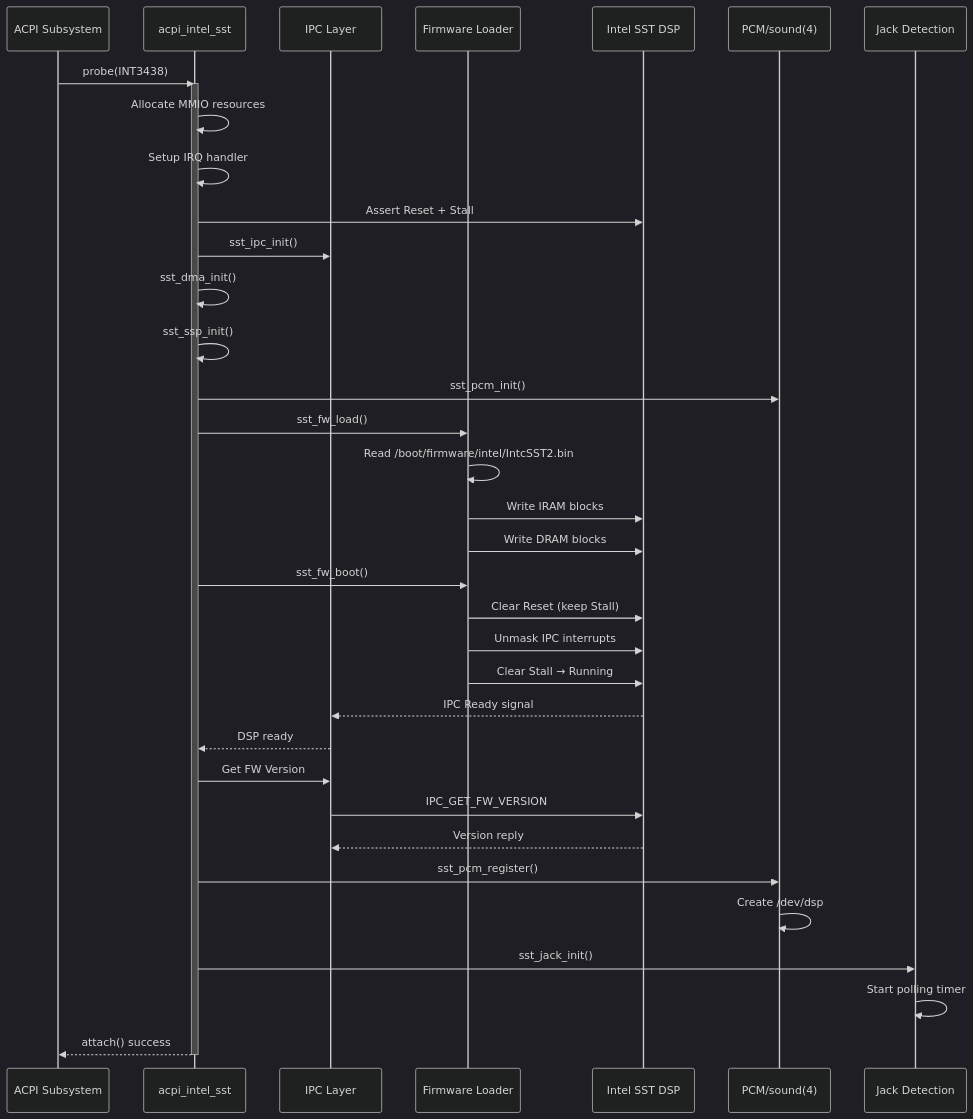
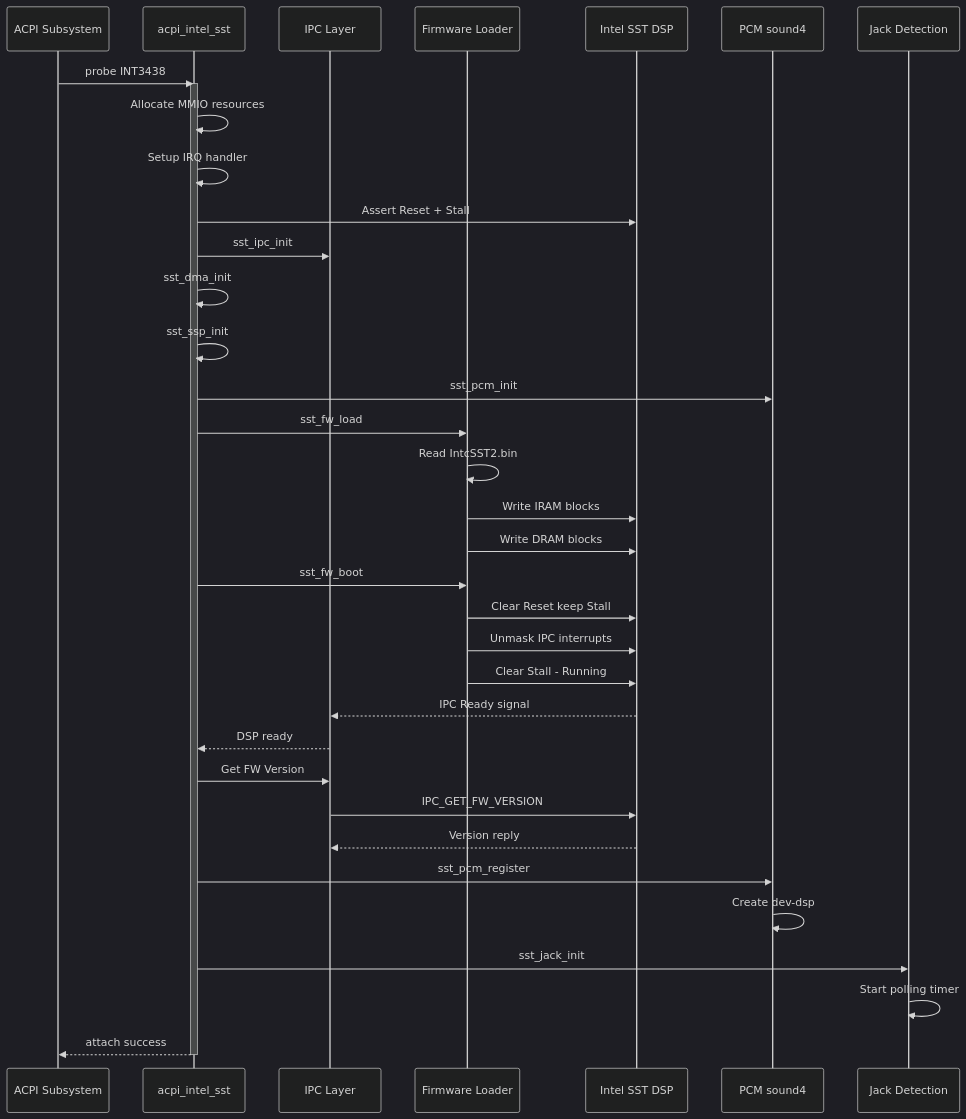
The second of 5 diagrams in README.md (spagu/acpi_intel_sst), drawn with Mermaid (dark theme) before and after one commit. The commit also changed other lines of this file and 1 other file, not shown here.

Commit message:
refactor: improve SHIM register probing and logging and update the system architecture diagram in README.

````diff
--- a/README.md
+++ b/README.md
@@ -215,46 +215,46 @@
 ```mermaid
 sequenceDiagram
     participant ACPI as ACPI Subsystem
     participant DRV as acpi_intel_sst
     participant IPC as IPC Layer
     participant FW as Firmware Loader
     participant DSP as Intel SST DSP
-    participant PCM as PCM/sound(4)
+    participant PCM as PCM sound4
     participant JACK as Jack Detection
 
-    ACPI->>DRV: probe(INT3438)
+    ACPI->>DRV: probe INT3438
     activate DRV
     DRV->>DRV: Allocate MMIO resources
     DRV->>DRV: Setup IRQ handler
     DRV->>DSP: Assert Reset + Stall
-    DRV->>IPC: sst_ipc_init()
-    DRV->>DRV: sst_dma_init()
-    DRV->>DRV: sst_ssp_init()
-    DRV->>PCM: sst_pcm_init()
+    DRV->>IPC: sst_ipc_init
+    DRV->>DRV: sst_dma_init
+    DRV->>DRV: sst_ssp_init
+    DRV->>PCM: sst_pcm_init
 
-    DRV->>FW: sst_fw_load()
-    FW->>FW: Read /boot/firmware/intel/IntcSST2.bin
+    DRV->>FW: sst_fw_load
+    FW->>FW: Read IntcSST2.bin
     FW->>DSP: Write IRAM blocks
     FW->>DSP: Write DRAM blocks
 
-    DRV->>FW: sst_fw_boot()
-    FW->>DSP: Clear Reset (keep Stall)
+    DRV->>FW: sst_fw_boot
+    FW->>DSP: Clear Reset keep Stall
     FW->>DSP: Unmask IPC interrupts
-    FW->>DSP: Clear Stall → Running
+    FW->>DSP: Clear Stall - Running
 
     DSP-->>IPC: IPC Ready signal
     IPC-->>DRV: DSP ready
 
     DRV->>IPC: Get FW Version
     IPC->>DSP: IPC_GET_FW_VERSION
     DSP-->>IPC: Version reply
 
-    DRV->>PCM: sst_pcm_register()
-    PCM->>PCM: Create /dev/dsp
+    DRV->>PCM: sst_pcm_register
+    PCM->>PCM: Create dev-dsp
 
-    DRV->>JACK: sst_jack_init()
+    DRV->>JACK: sst_jack_init
     JACK->>JACK: Start polling timer
 
-    DRV-->>ACPI: attach() success
+    DRV-->>ACPI: attach success
     deactivate DRV
 ```
````
